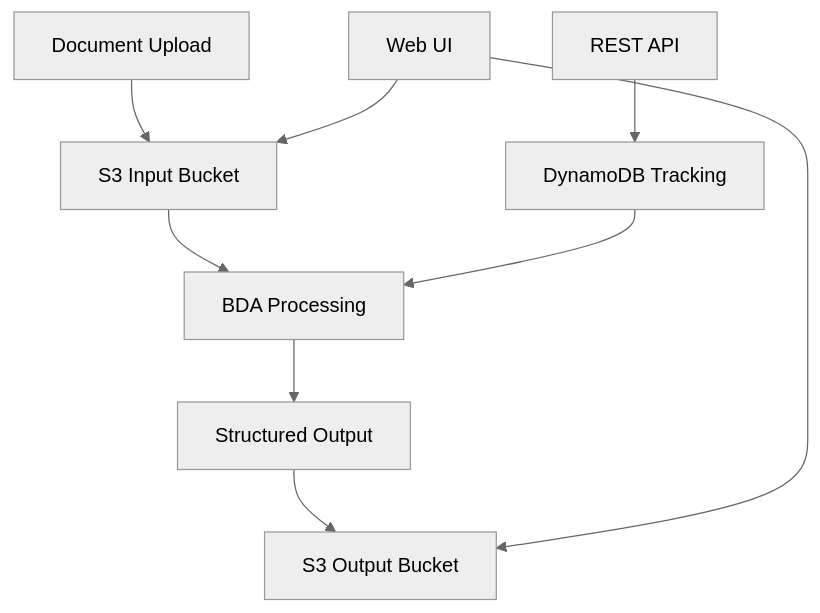
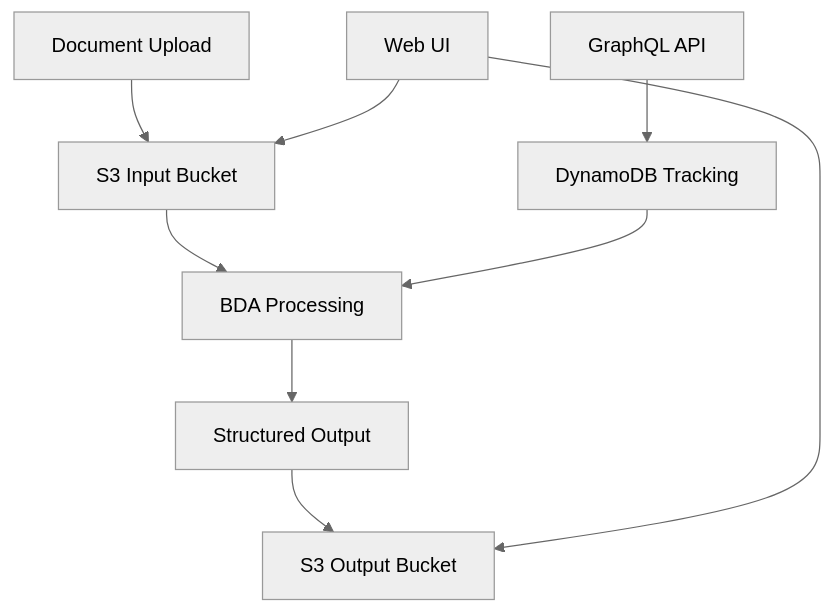
Before and after one commit to awslabs/genai-idp-terraform: the diagram in docs/content/examples/bda-processor.md, drawn with Mermaid (neutral theme). The commit also changed other lines of this file and 195 other files, not shown here.

````diff
--- a/docs/content/examples/bda-processor.md
+++ b/docs/content/examples/bda-processor.md
@@ -181,11 +178,11 @@
 ```mermaid
 graph TB
     A[Document Upload] --> B[S3 Input Bucket]
     B --> C[BDA Processing]
     C --> D[Structured Output]
     D --> E[S3 Output Bucket]
     F[DynamoDB Tracking] --> C
     G[Web UI] --> B
     G --> E
-    H[REST API] --> F
+    H[GraphQL API] --> F
 ```
````
